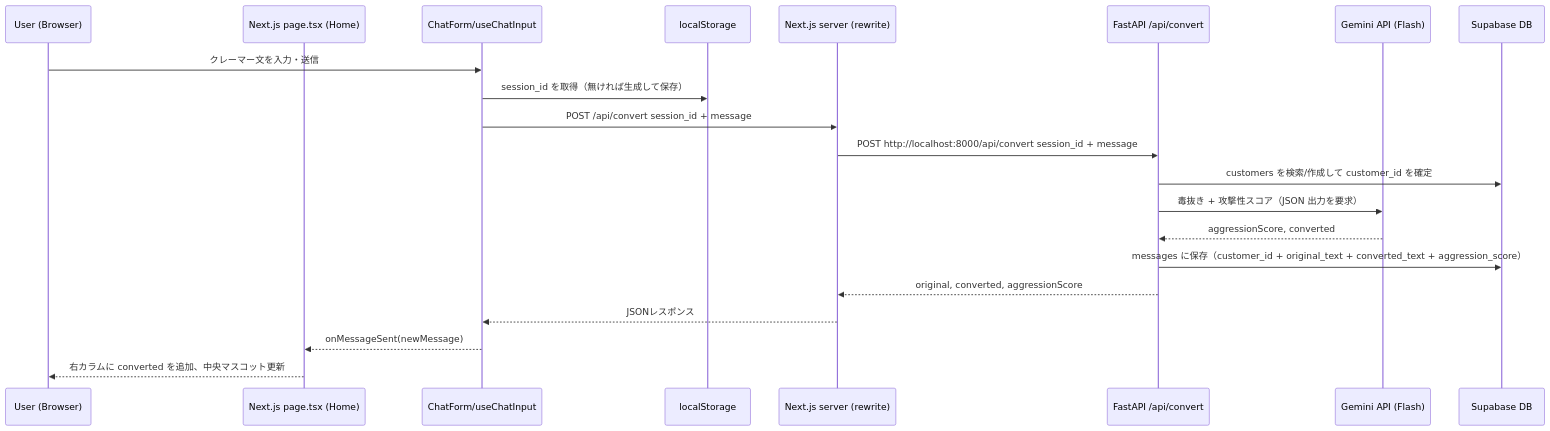
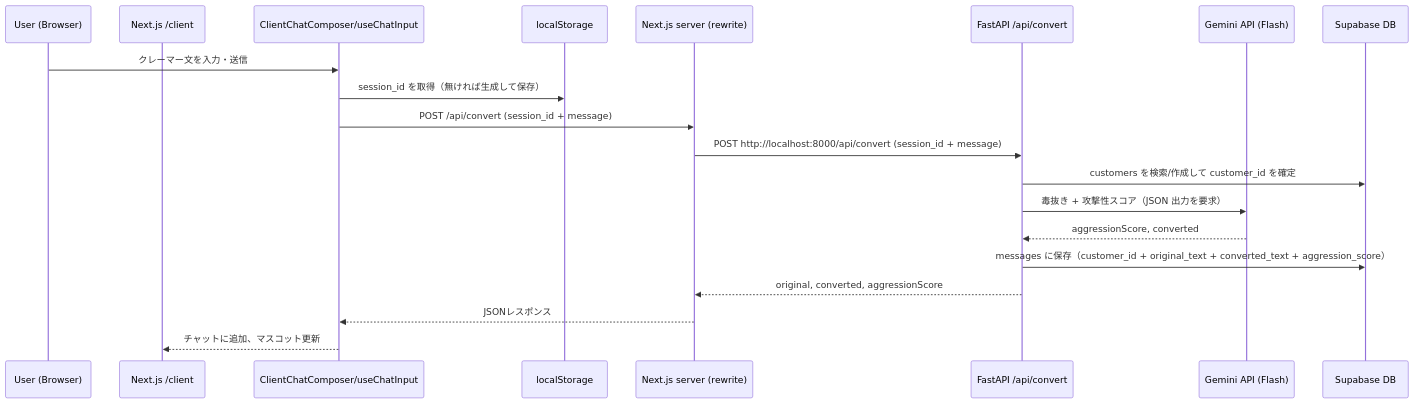
The second of 5 diagrams in _docs/実装状況.md (Uzy03/Hackathon_2026-3-7), drawn with Mermaid before and after one commit. The commit also changed other lines of this file and 24 other files, not shown here.

````diff
--- a/_docs/実装状況.md
+++ b/_docs/実装状況.md
@@ -22,24 +25,23 @@
 ```mermaid
 sequenceDiagram
   participant User as User (Browser)
-  participant Page as Next.js page.tsx (Home)
-  participant Chat as ChatForm/useChatInput
+  participant Page as Next.js /client
+  participant Chat as ClientChatComposer/useChatInput
   participant Storage as localStorage
   participant Next as Next.js server (rewrite)
   participant API as FastAPI /api/convert
   participant Gemini as Gemini API (Flash)
   participant DB as Supabase DB
 
   User->>Chat: クレーマー文を入力・送信
   Chat->>Storage: session_id を取得（無ければ生成して保存）
-  Chat->>Next: POST /api/convert session_id + message
-  Next->>API: POST http://localhost:8000/api/convert session_id + message
+  Chat->>Next: POST /api/convert (session_id + message)
+  Next->>API: POST http://localhost:8000/api/convert (session_id + message)
   API->>DB: customers を検索/作成して customer_id を確定
   API->>Gemini: 毒抜き + 攻撃性スコア（JSON 出力を要求）
   Gemini-->>API: aggressionScore, converted
   API->>DB: messages に保存（customer_id + original_text + converted_text + aggression_score）
   API-->>Next: original, converted, aggressionScore
   Next-->>Chat: JSONレスポンス
-  Chat-->>Page: onMessageSent(newMessage)
-  Page-->>User: 右カラムに converted を追加、中央マスコット更新
+  Chat-->>Page: チャットに追加、マスコット更新
 ```
````
